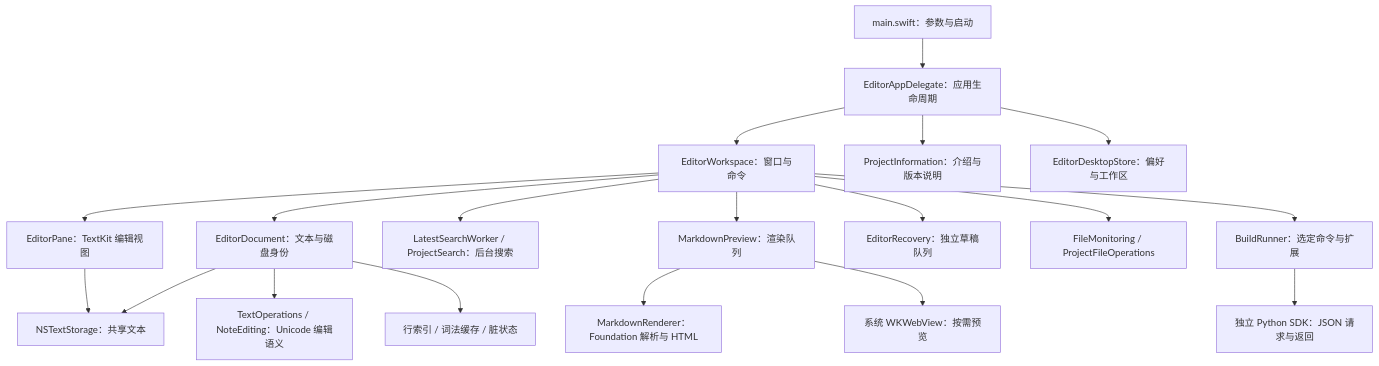
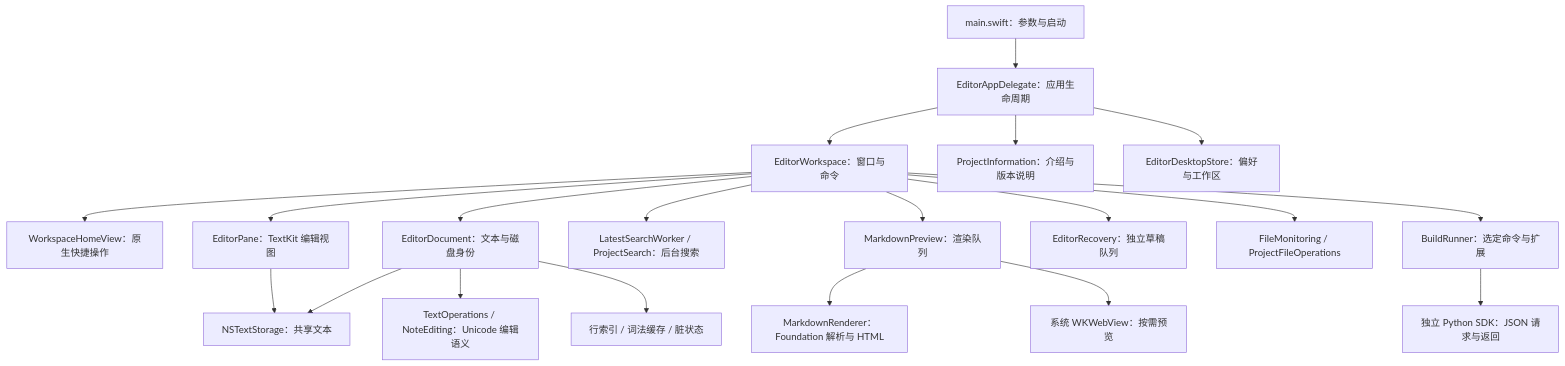
The diagram in docs/architecture.zh-CN.md (ziqi-wlb/OpenSourceEditor), drawn with Mermaid before and after one commit. The commit also changed other lines of this file and 33 other files, not shown here.

Commit message:
feat(editor): add workspace home and sidebar buttons

````diff
--- a/docs/architecture.zh-CN.md
+++ b/docs/architecture.zh-CN.md
@@ -9,21 +9,22 @@
 ```mermaid
 flowchart TB
     entry[main.swift：参数与启动] --> app[EditorAppDelegate：应用生命周期]
     app --> workspace[EditorWorkspace：窗口与命令]
     app --> information[ProjectInformation：介绍与版本说明]
+    workspace --> home[WorkspaceHomeView：原生快捷操作]
     workspace --> doc[EditorDocument：文本与磁盘身份]
     workspace --> panes[EditorPane：TextKit 编辑视图]
     panes --> storage[NSTextStorage：共享文本]
     doc --> storage
     doc --> operations[TextOperations / NoteEditing：Unicode 编辑语义]
     doc --> indexes[行索引 / 词法缓存 / 脏状态]
     workspace --> search[LatestSearchWorker / ProjectSearch：后台搜索]
     workspace --> preview[MarkdownPreview：渲染队列]
     preview --> renderer[MarkdownRenderer：Foundation 解析与 HTML]
     preview --> web[系统 WKWebView：按需预览]
     workspace --> recovery[EditorRecovery：独立草稿队列]
     app --> desktop[EditorDesktopStore：偏好与工作区]
     workspace --> files[FileMonitoring / ProjectFileOperations]
     workspace --> services[BuildRunner：选定命令与扩展]
     services --> python[独立 Python SDK：JSON 请求与返回]
 ```
````
